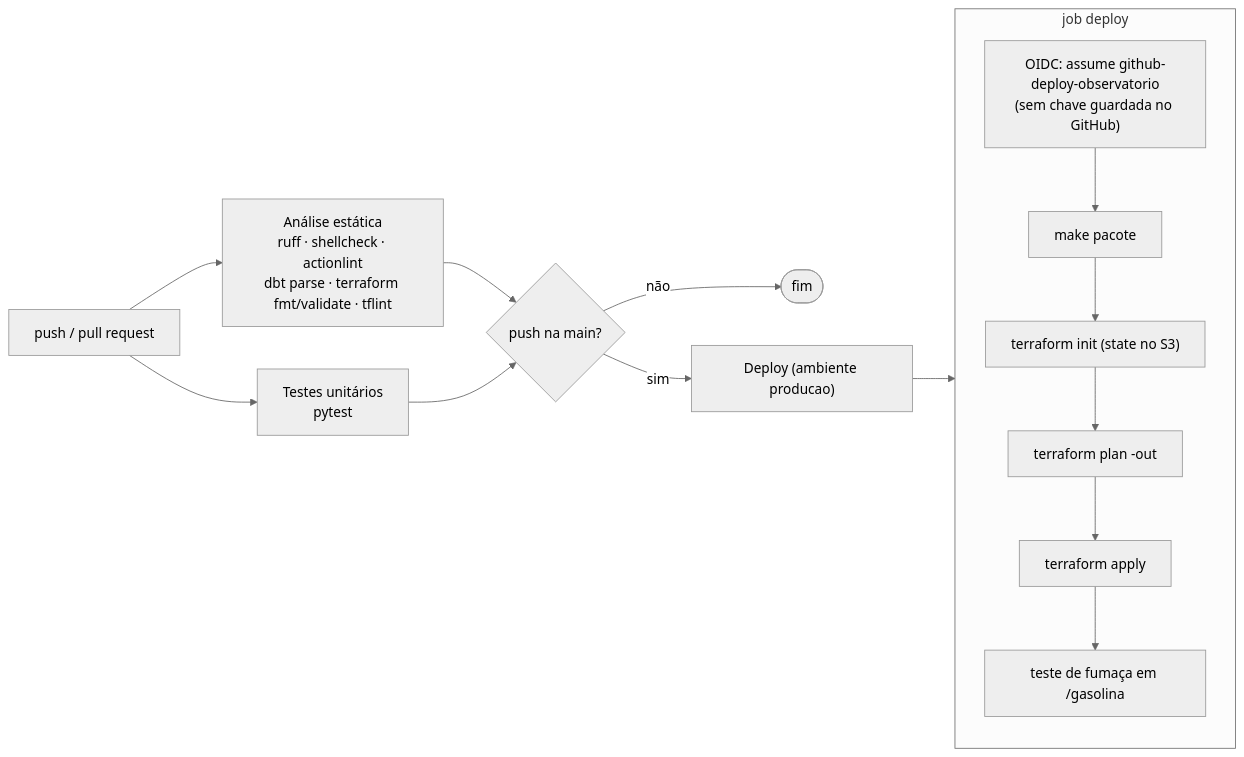
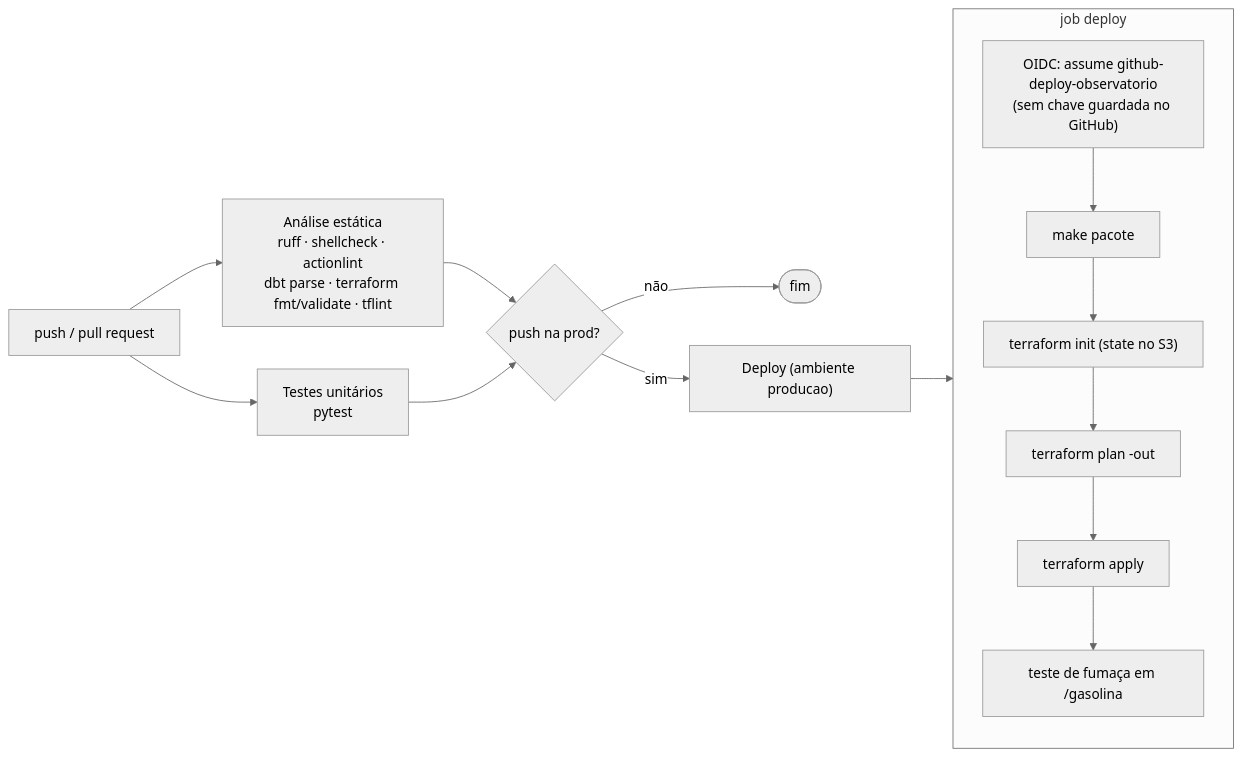
Before and after one commit to Leandrodasilvahuber/observatorio-combustiveis: the sixth of 8 diagrams in README.md, drawn with Mermaid (neutral theme). The commit also changed other lines of this file and 1 other file, not shown here.

First line of the commit message:
ci: deploy só pela branch prod; a main roda apenas os testes

````diff
--- a/README.md
+++ b/README.md
@@ -239,19 +249,19 @@
 ```mermaid
 flowchart LR
     PUSH["push / pull request"] --> E["Análise estática<br/>ruff · shellcheck · actionlint<br/>dbt parse · terraform fmt/validate · tflint"]
     PUSH --> T["Testes unitários<br/>pytest"]
-    E --> G{"push na main?"}
+    E --> G{"push na prod?"}
     T --> G
     G -- "não" --> FIM(["fim"])
     G -- "sim" --> D["Deploy (ambiente producao)"]
 
     subgraph D_["job deploy"]
         direction TB
         O["OIDC: assume github-deploy-observatorio<br/>(sem chave guardada no GitHub)"] --> P["make pacote"]
         P --> I["terraform init (state no S3)"]
         I --> PL["terraform plan -out"]
         PL --> A["terraform apply"]
         A --> F["teste de fumaça em /gasolina"]
     end
     D --> O
 ```
````
